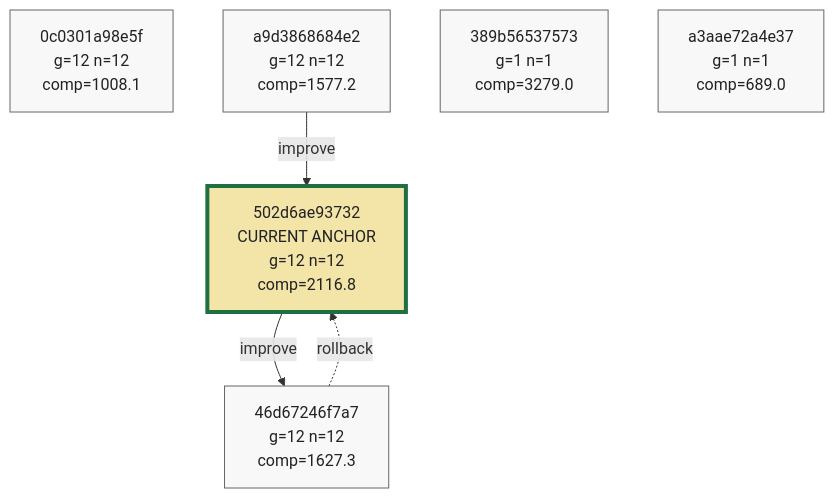
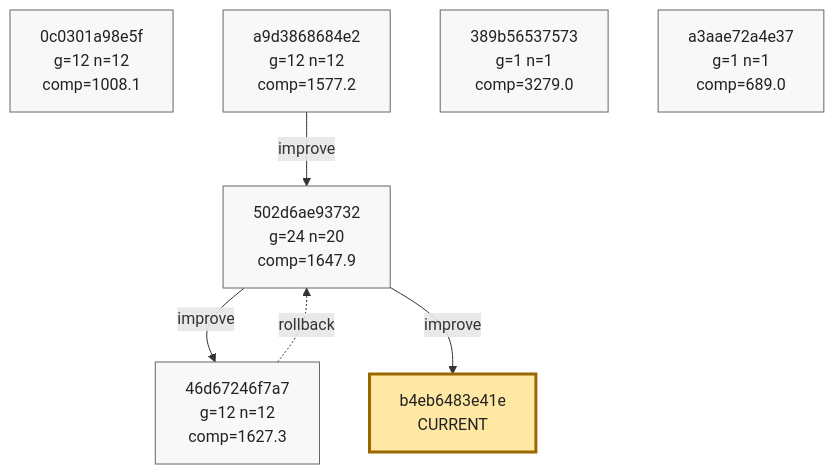
The tenth of 10 diagrams in phyrogenetic-tree.md (azumag/soviet_now), drawn with Mermaid before and after one commit. The commit also changed other lines of this file and 2 other files, not shown here.

Commit message:
eloop Improve after 12 games (scores: 807 1520 1570 2984 1498 1541 1144 1383 2978 2172 1225 2065)

````diff
--- a/phyrogenetic-tree.md
+++ b/phyrogenetic-tree.md
@@ -2541,25 +2542,28 @@
 ```mermaid
 flowchart TD
     h_0c0301a98e5f["0c0301a98e5f<br/>g=12 n=12<br/>comp=1008.1"]
     h_a9d3868684e2["a9d3868684e2<br/>g=12 n=12<br/>comp=1577.2"]
-    h_502d6ae93732["502d6ae93732<br/>CURRENT ANCHOR<br/>g=12 n=12<br/>comp=2116.8"]
+    h_502d6ae93732["502d6ae93732<br/>g=24 n=20<br/>comp=1647.9"]
     h_46d67246f7a7["46d67246f7a7<br/>g=12 n=12<br/>comp=1627.3"]
     h_389b56537573["389b56537573<br/>g=1 n=1<br/>comp=3279.0"]
     h_a3aae72a4e37["a3aae72a4e37<br/>g=1 n=1<br/>comp=689.0"]
+    h_b4eb6483e41e["b4eb6483e41e<br/>CURRENT"]
 
     h_a9d3868684e2 -->|improve| h_502d6ae93732
     h_502d6ae93732 -->|improve| h_46d67246f7a7
     h_46d67246f7a7 -. rollback .-> h_502d6ae93732
+    h_502d6ae93732 -->|improve| h_b4eb6483e41e
 
     classDef plain fill:#f8f8f8,stroke:#666,stroke-width:1px,color:#222;
     classDef current fill:#ffe8a3,stroke:#9a6700,stroke-width:3px,color:#222;
     classDef anchor fill:#d7f5dd,stroke:#1f6f43,stroke-width:3px,color:#222;
     classDef current_anchor fill:#f3e4a8,stroke:#1f6f43,stroke-width:4px,color:#222;
 
     class h_0c0301a98e5f plain;
     class h_a9d3868684e2 plain;
-    class h_502d6ae93732 current_anchor;
+    class h_502d6ae93732 plain;
     class h_46d67246f7a7 plain;
     class h_389b56537573 plain;
     class h_a3aae72a4e37 plain;
+    class h_b4eb6483e41e current;
 ```
````
